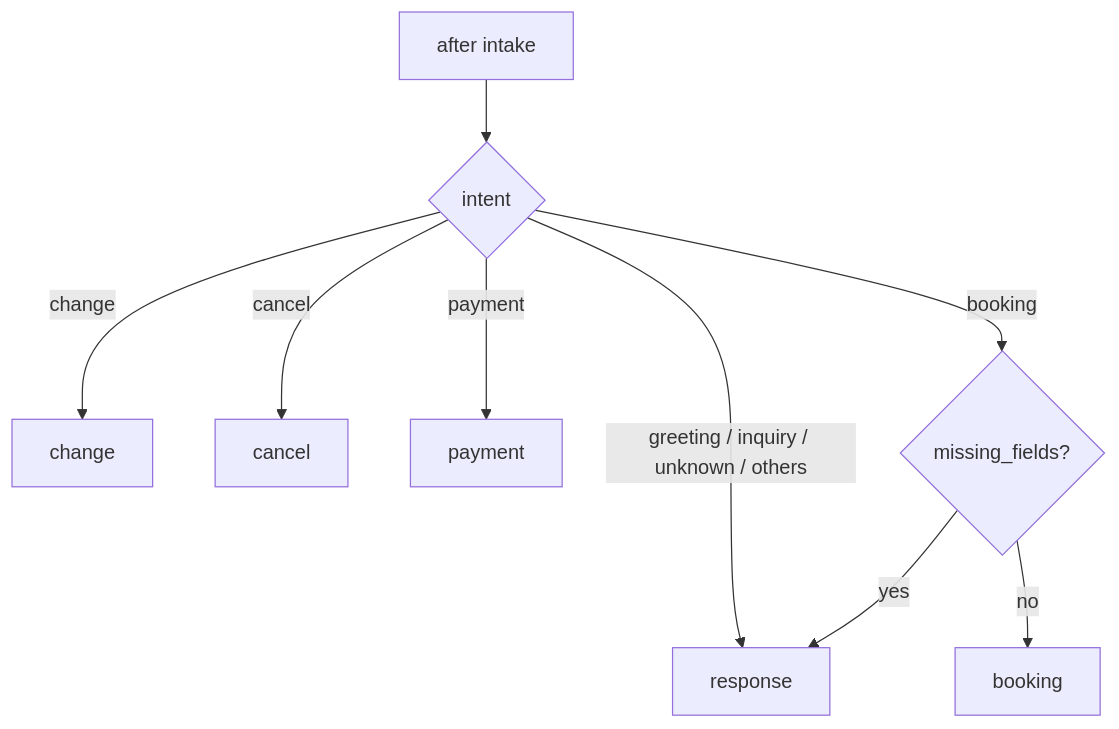
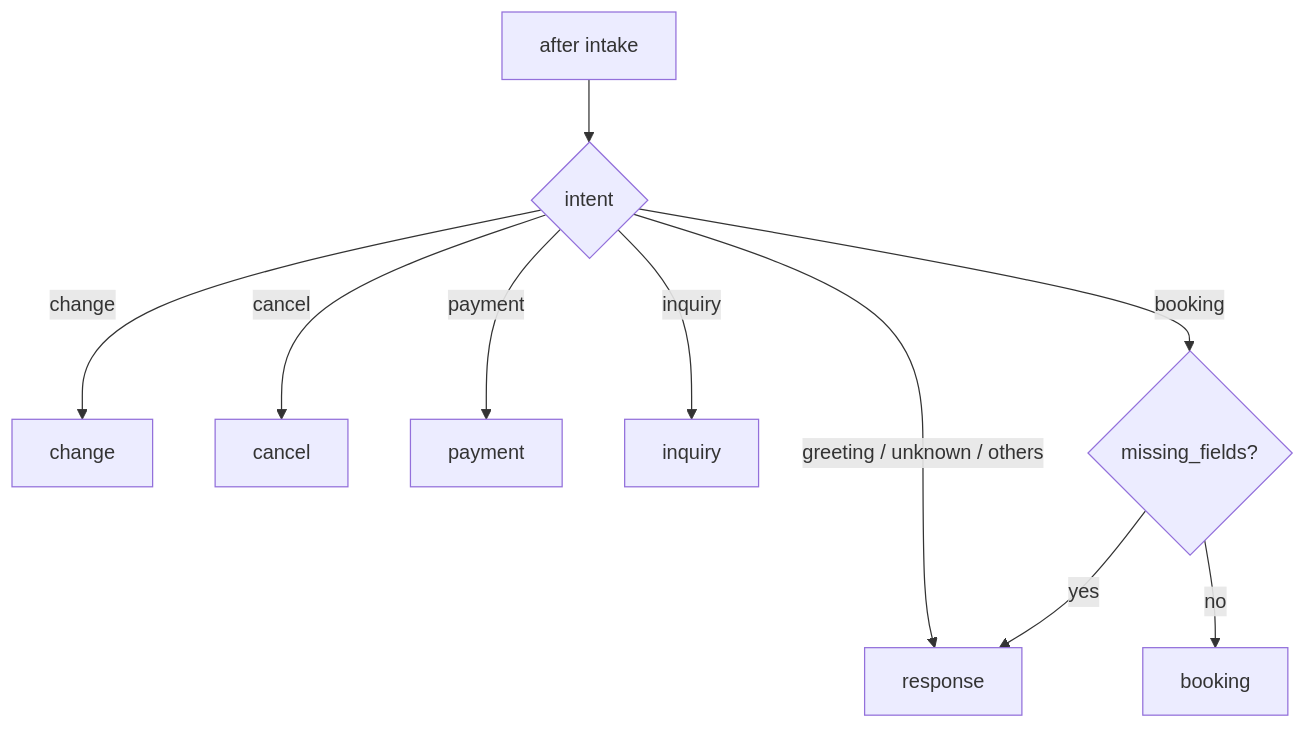
One commit to NailAgent/agent changed the second of 2 diagrams in docs/langgraph_architecture.md. Above: the diagram before and after it, drawn with Mermaid. The commit also changed other lines of this file, not shown here.

````diff
--- a/docs/langgraph_architecture.md
+++ b/docs/langgraph_architecture.md
@@ -312,11 +338,12 @@
 ```mermaid
 flowchart TD
     S[after intake] --> I{intent}
     I -->|change| C[change]
     I -->|cancel| X[cancel]
     I -->|payment| P[payment]
+    I -->|inquiry| Q[inquiry]
     I -->|booking| B{missing_fields?}
-    I -->|greeting / inquiry / unknown / others| R[response]
+    I -->|greeting / unknown / others| R[response]
     B -->|yes| R
     B -->|no| BK[booking]
 ```
````
